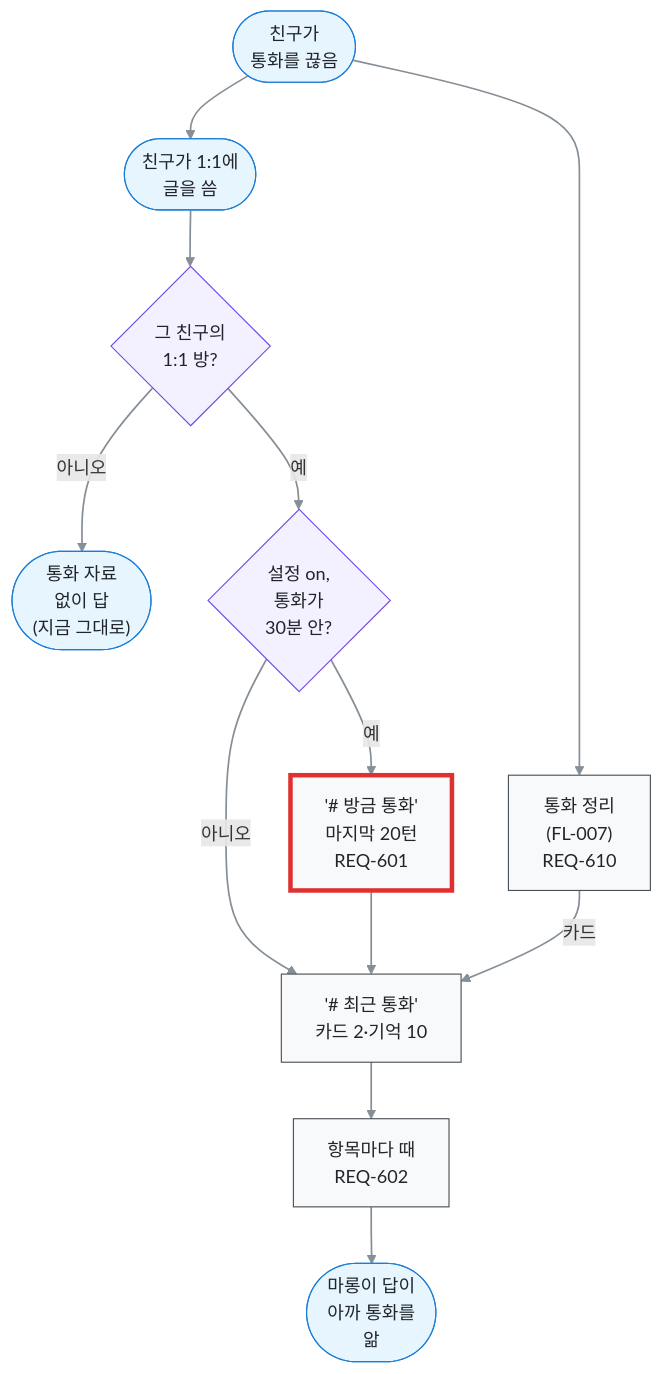
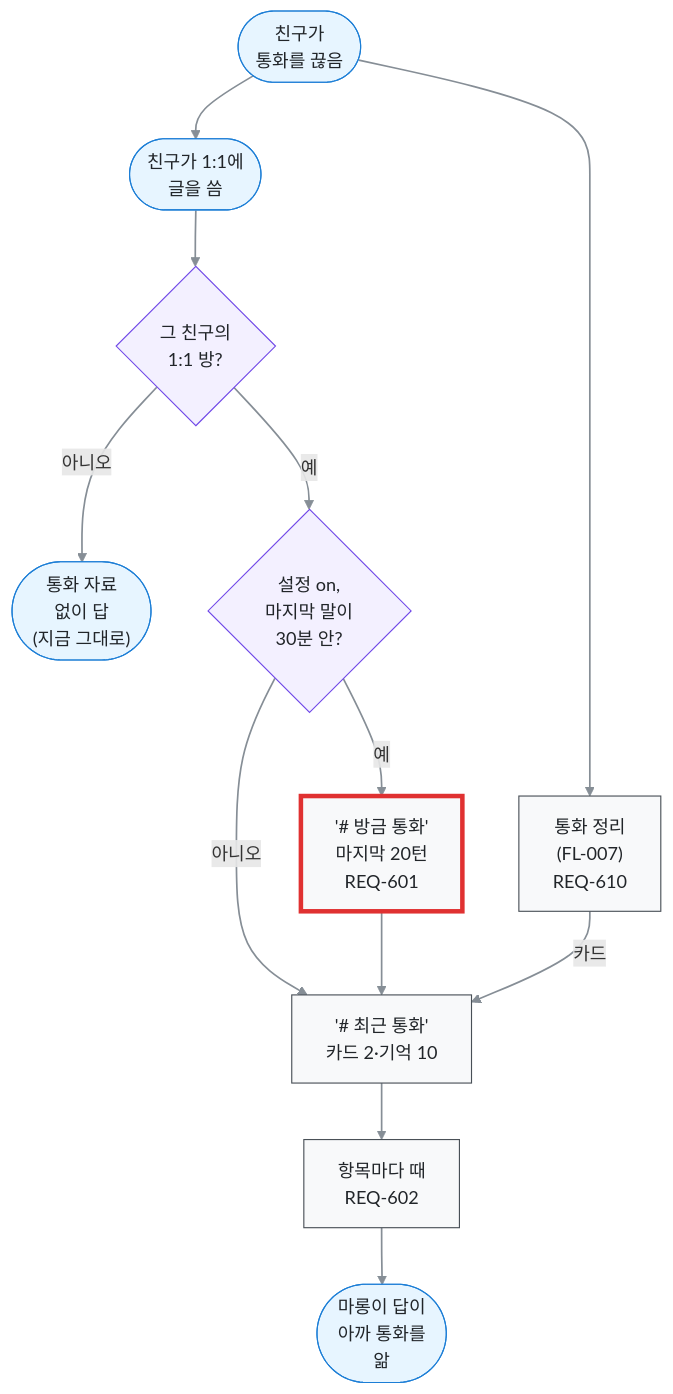
The diagram in docs/03-user-flow/FL-211-call-to-text.md (kodonghui/marong2), drawn with Mermaid before and after one commit. The commit also changed other lines of this file and 8 other files, not shown here.

````diff
--- a/docs/03-user-flow/FL-211-call-to-text.md
+++ b/docs/03-user-flow/FL-211-call-to-text.md
@@ -9,35 +9,35 @@
 ```mermaid
 flowchart TB
   A(["친구가<br/>통화를 끊음"])
   B["통화 정리<br/>(FL-007)<br/>REQ-610"]
   C(["친구가 1:1에<br/>글을 씀"])
   D{"그 친구의<br/>1:1 방?"}
   E(["통화 자료<br/>없이 답<br/>(지금 그대로)"])
-  F{"설정 on,<br/>통화가<br/>30분 안?"}
+  F{"설정 on,<br/>마지막 말이<br/>30분 안?"}
   G["'# 방금 통화'<br/>마지막 20턴<br/>REQ-601"]
   H["'# 최근 통화'<br/>카드 2·기억 10"]
   I["항목마다 때<br/>REQ-602"]
   J(["마롱이 답이<br/>아까 통화를<br/>앎"])
   A e1@--> B
   A e2@--> C
   C e3@--> D
   D e4@-->|"아니오"| E
   D e5@-->|"예"| F
   F e6@-->|"예"| G
   F e7@-->|"아니오"| H
   G e8@--> H
   H e9@--> I
   I e10@--> J
   B e11@-->|"카드"| H
   %% legend: below
   classDef term fill:#e7f5ff,stroke:#1c7ed6,color:#212529
   classDef proc fill:#f8f9fa,stroke:#495057,color:#212529
   classDef decide fill:#f3f0ff,stroke:#7048e8,color:#212529
   classDef key stroke:#e03131,stroke-width:4px
   classDef pass stroke:#868e96,stroke-width:1.5px
   class A,C,E,J term
   class B,G,H,I proc
   class D,F decide
   class G key
   class e1,e2,e3,e4,e5,e6,e7,e8,e9,e10,e11 pass
 ```
````
